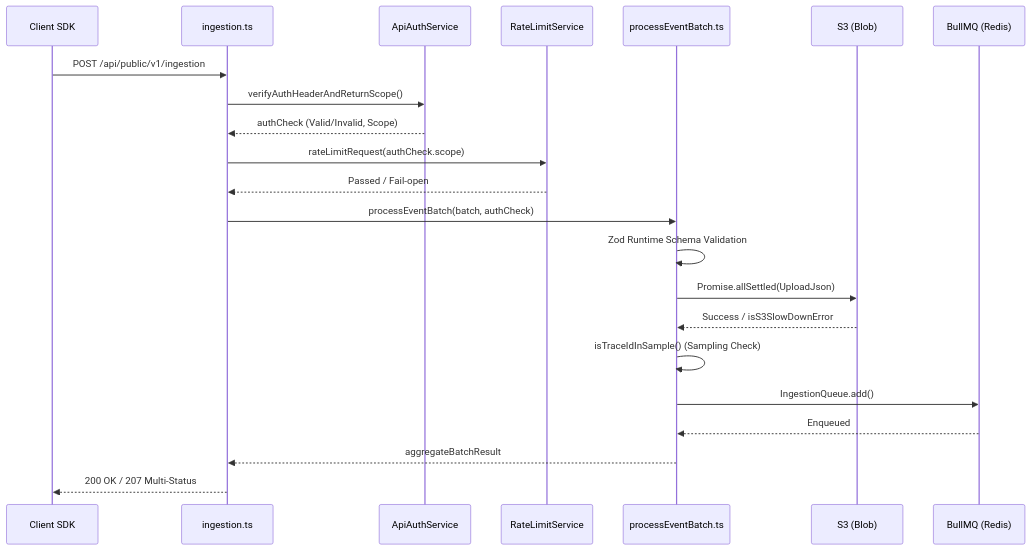
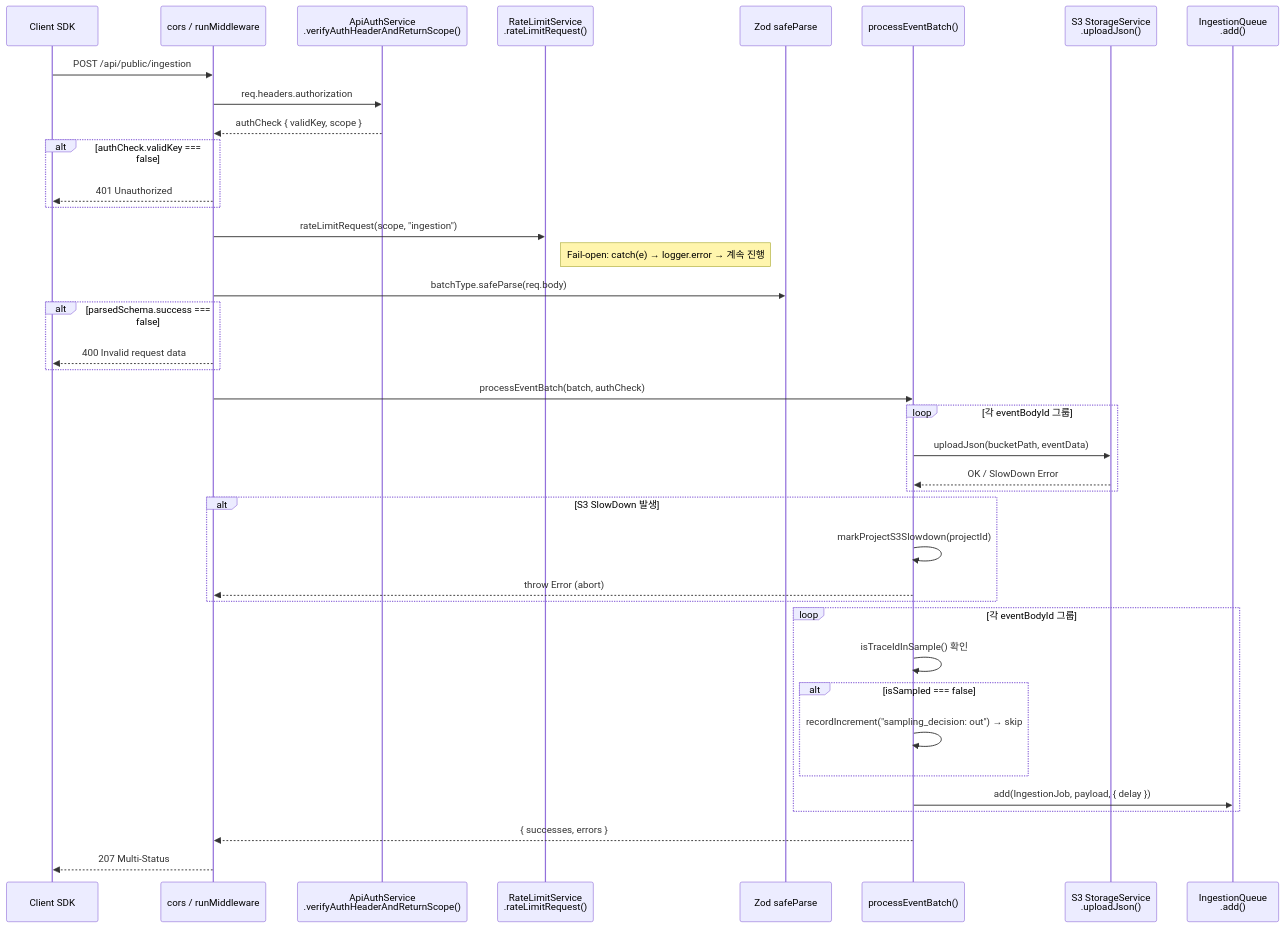
Before and after one commit to dhs-shine/langfuse: the first of 3 diagrams in docs/50-source-analysis/10-ingestion-source-breakdown.md, drawn with Mermaid. The commit also changed other lines of this file and 8 other files, not shown here.

Commit message:
docs: update and standardize documentation structure across architecture deep dives and source analysis sections

````diff
--- a/docs/50-source-analysis/10-ingestion-source-breakdown.md
+++ b/docs/50-source-analysis/10-ingestion-source-breakdown.md
@@ -14,30 +14,50 @@
 ```mermaid
 sequenceDiagram
     participant SDK as Client SDK
-    participant API as ingestion.ts
-    participant Auth as ApiAuthService
-    participant RateLimit as RateLimitService
-    participant Process as processEventBatch.ts
-    participant S3 as S3 (Blob)
-    participant Redis as BullMQ (Redis)
+    participant MW as cors / runMiddleware
+    participant Auth as ApiAuthService<br/>.verifyAuthHeaderAndReturnScope()
+    participant RL as RateLimitService<br/>.rateLimitRequest()
+    participant Zod as Zod safeParse
+    participant PEB as processEventBatch()
+    participant S3 as S3 StorageService<br/>.uploadJson()
+    participant IQ as IngestionQueue<br/>.add()
 
-    SDK->>API: POST /api/public/v1/ingestion
-    API->>Auth: verifyAuthHeaderAndReturnScope()
-    Auth-->>API: authCheck (Valid/Invalid, Scope)
-    
-    API->>RateLimit: rateLimitRequest(authCheck.scope)
-    RateLimit-->>API: Passed / Fail-open
-    
-    API->>Process: processEventBatch(batch, authCheck)
-    
-    Process->>Process: Zod Runtime Schema Validation
-    Process->>S3: Promise.allSettled(UploadJson)
-    S3-->>Process: Success / isS3SlowDownError
-    
-    Process->>Process: isTraceIdInSample() (Sampling Check)
-    Process->>Redis: IngestionQueue.add()
-    Redis-->>Process: Enqueued
-    
-    Process-->>API: aggregateBatchResult
-    API-->>SDK: 200 OK / 207 Multi-Status
+    SDK->>MW: POST /api/public/ingestion
+    MW->>Auth: req.headers.authorization
+    Auth-->>MW: authCheck { validKey, scope }
+
+    alt authCheck.validKey === false
+        MW-->>SDK: 401 Unauthorized
+    end
+
+    MW->>RL: rateLimitRequest(scope, "ingestion")
+    Note right of RL: Fail-open: catch(e) → logger.error → 계속 진행
+
+    MW->>Zod: batchType.safeParse(req.body)
+    alt parsedSchema.success === false
+        MW-->>SDK: 400 Invalid request data
+    end
+
+    MW->>PEB: processEventBatch(batch, authCheck)
+
+    loop 각 eventBodyId 그룹
+        PEB->>S3: uploadJson(bucketPath, eventData)
+        S3-->>PEB: OK / SlowDown Error
+    end
+
+    alt S3 SlowDown 발생
+        PEB->>PEB: markProjectS3Slowdown(projectId)
+        PEB-->>MW: throw Error (abort)
+    end
+
+    loop 각 eventBodyId 그룹
+        PEB->>PEB: isTraceIdInSample() 확인
+        alt isSampled === false
+            PEB->>PEB: recordIncrement("sampling_decision: out") → skip
+        end
+        PEB->>IQ: add(IngestionJob, payload, { delay })
+    end
+
+    PEB-->>MW: { successes, errors }
+    MW-->>SDK: 207 Multi-Status
 ```
````
